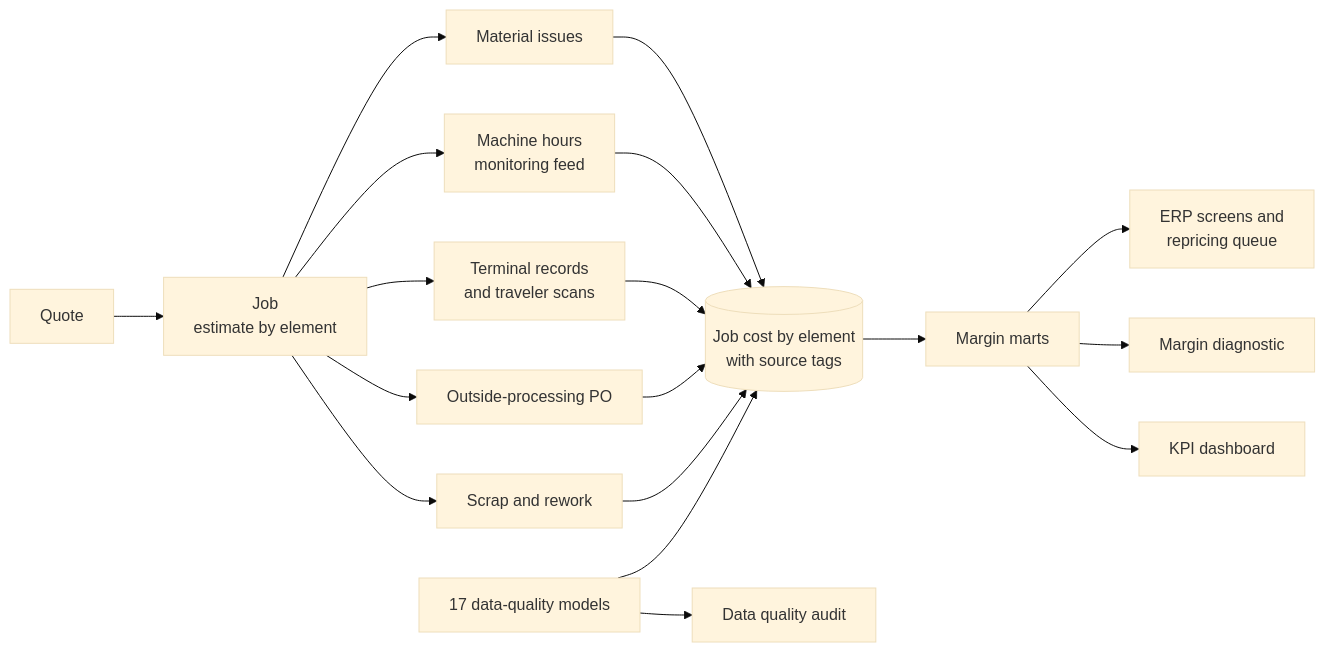
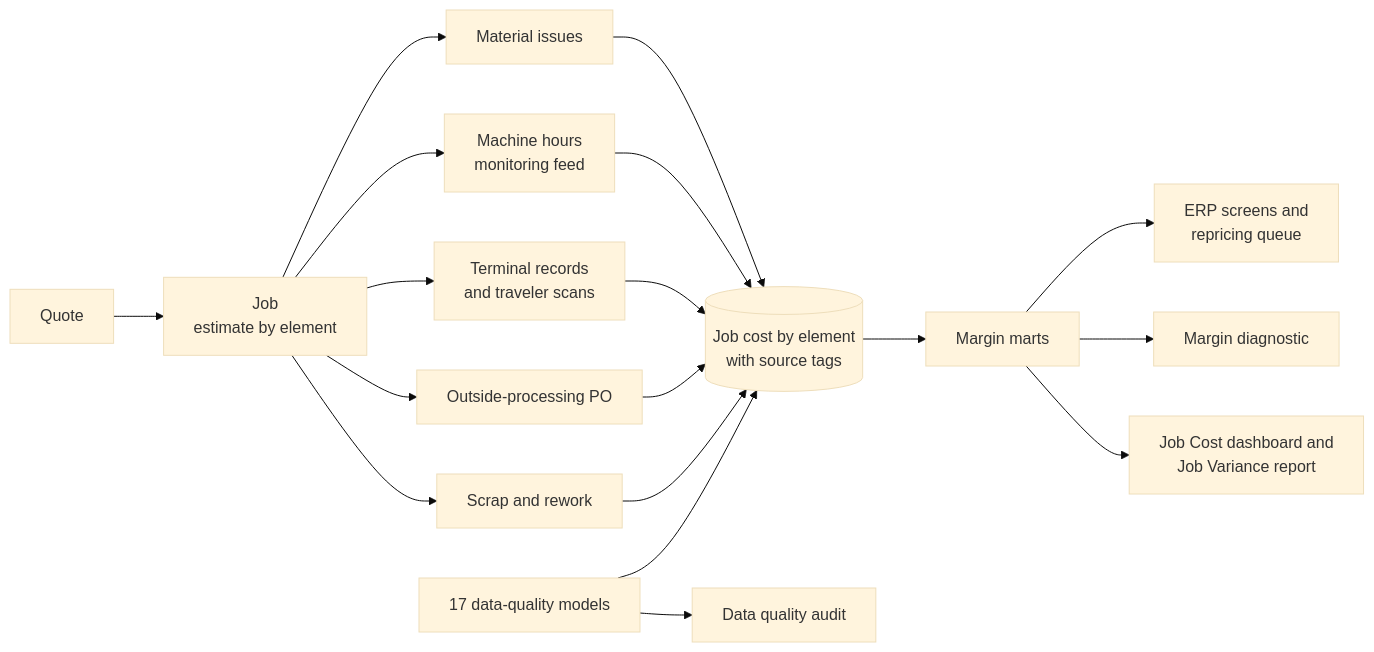
Before and after one commit to brimsystems/mfg-data-engineering: the diagram in job_costing/README.md, drawn with Mermaid (base theme). The commit also changed other lines of this file and 30 other files, not shown here.

First line of the commit message:
Job Cost dashboard and Job Variance report replace the KPI dashboard

````diff
--- a/job_costing/README.md
+++ b/job_costing/README.md
@@ -72,20 +79,20 @@
 ```mermaid
 flowchart LR
   Q["Quote"] --> J["Job<br/>estimate by element"]
   J --> MI["Material issues"]
   J --> MH["Machine hours<br/>monitoring feed"]
   J --> SC["Terminal records<br/>and traveler scans"]
   J --> PO["Outside-processing PO"]
   J --> SR["Scrap and rework"]
   MI --> JC
   MH --> JC
   SC --> JC
   PO --> JC
   SR --> JC
   JC[("Job cost by element<br/>with source tags")] --> MM["Margin marts"]
   DQ["17 data-quality models"] --> JC
   MM --> ERP["ERP screens and<br/>repricing queue"]
   MM --> DIAG["Margin diagnostic"]
-  MM --> DASH["KPI dashboard"]
+  MM --> DASH["Job Cost dashboard and<br/>Job Variance report"]
   DQ --> AUD["Data quality audit"]
 ```
````
